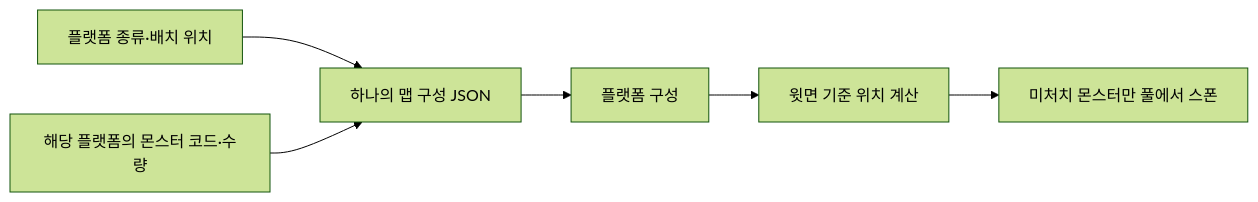
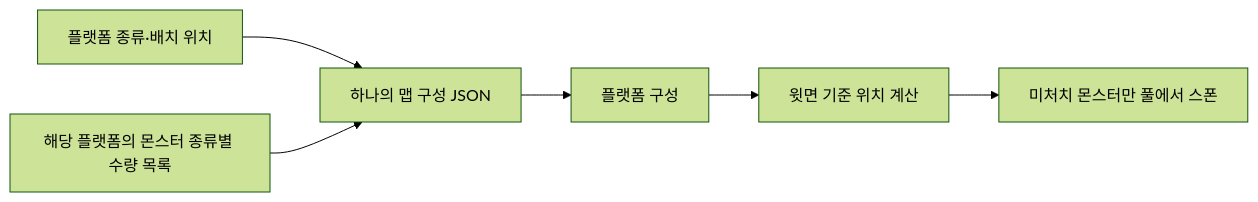
Before and after one commit to hyunho9228-web/DataSheet: the first of 5 diagrams in Docs/맵 구성과 몬스터 배치 데이터 제안서.md, drawn with Mermaid (forest theme). The commit also changed other lines of this file, not shown here.

Commit message:
맵구성 몬스터 배치 관련 문서 수정

````diff
--- a/Docs/맵 구성과 몬스터 배치 데이터 제안서.md
+++ b/Docs/맵 구성과 몬스터 배치 데이터 제안서.md
@@ -11,8 +11,8 @@
 ```mermaid
 flowchart LR
     A[플랫폼 종류·배치 위치] --> C[하나의 맵 구성 JSON]
-    B[해당 플랫폼의 몬스터 코드·수량] --> C
+    B[해당 플랫폼의 몬스터 종류별 수량 목록] --> C
     C --> D[플랫폼 구성]
     D --> E[윗면 기준 위치 계산]
     E --> F[미처치 몬스터만 풀에서 스폰]
 ```
````
